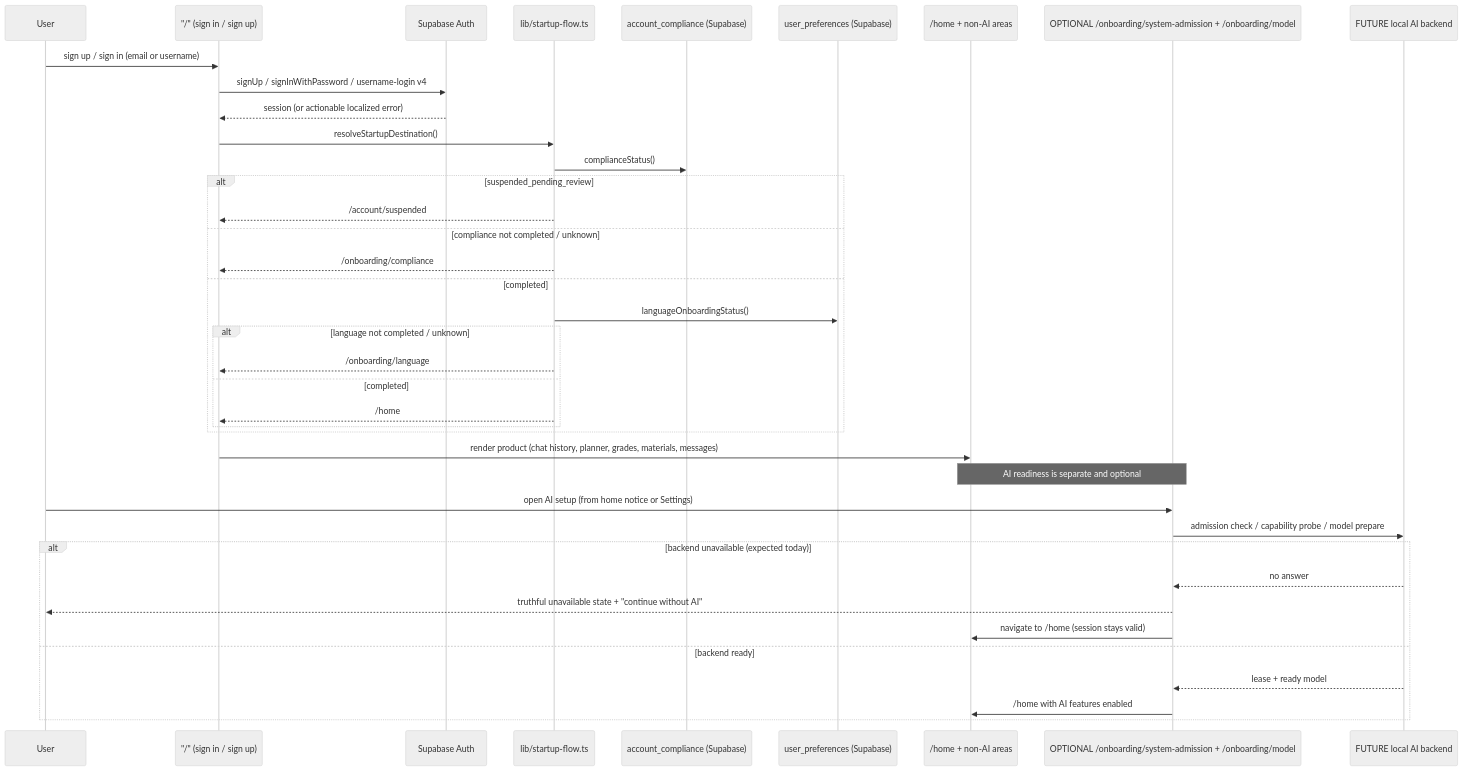
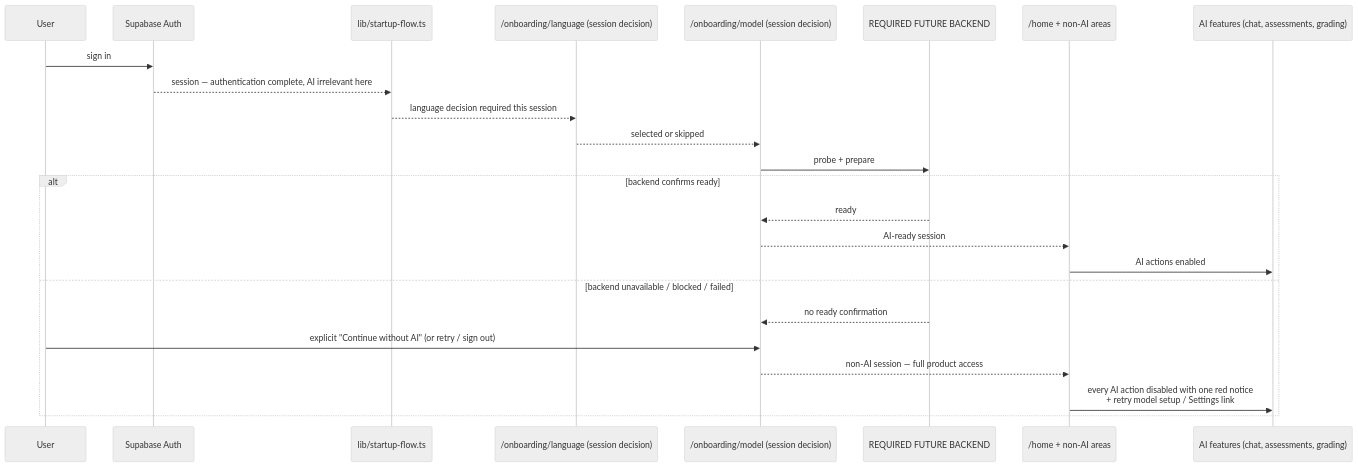
The diagram in docs/sequences/AUTH_STARTUP_HOME_VS_OPTIONAL_AI.mmd (keyshavmor/study-swiss-star), drawn with Mermaid (neutral theme) before and after one commit. The commit also changed 73 other files, not shown here.

```diff
--- a/docs/sequences/AUTH_STARTUP_HOME_VS_OPTIONAL_AI.mmd
+++ b/docs/sequences/AUTH_STARTUP_HOME_VS_OPTIONAL_AI.mmd
@@ -1,45 +1,31 @@
-%% Status: CURRENT FRONTEND + CURRENT SUPABASE
-%% Source: frontend/src/lib/startup-flow.ts, routes/index.tsx,
-%% routes/_authenticated/route.tsx, components/app/SystemCapabilityPanel.tsx
-%% RULE: the local AI runtime is NEVER an authentication gate.
+%% Status: CURRENT FRONTEND + CURRENT SUPABASE (2026-09-17)
+%% RULE: the local AI runtime is NEVER an authentication gate — but the model
+%% screen IS a mandatory per-session DECISION gate (ready, or explicit non-AI).
+%% Canonical detail: docs/sequences/POST_LOGIN_STARTUP.mmd
+%% Source: frontend/src/lib/startup-flow.ts, lib/language-session.ts,
+%% lib/ai-session.ts, components/app/AiFeatureGate.tsx
 sequenceDiagram
     participant User
-    participant Entry as "/" (sign in / sign up)
     participant Supa as Supabase Auth
     participant Flow as lib/startup-flow.ts
-    participant Compliance as account_compliance (Supabase)
-    participant Prefs as user_preferences (Supabase)
+    participant Lang as /onboarding/language (session decision)
+    participant Model as /onboarding/model (session decision)
+    participant Backend as REQUIRED FUTURE BACKEND
     participant Home as /home + non-AI areas
-    participant AiSetup as OPTIONAL /onboarding/system-admission + /onboarding/model
-    participant Backend as FUTURE local AI backend
+    participant AiFeat as AI features (chat, assessments, grading)
 
-    User->>Entry: sign up / sign in (email or username)
-    Entry->>Supa: signUp / signInWithPassword / username-login v4
-    Supa-->>Entry: session (or actionable localized error)
-    Entry->>Flow: resolveStartupDestination()
-    Flow->>Compliance: complianceStatus()
-    alt suspended_pending_review
-        Flow-->>Entry: /account/suspended
-    else compliance not completed / unknown
-        Flow-->>Entry: /onboarding/compliance
-    else completed
-        Flow->>Prefs: languageOnboardingStatus()
-        alt language not completed / unknown
-            Flow-->>Entry: /onboarding/language
-        else completed
-            Flow-->>Entry: /home
-        end
+    User->>Supa: sign in
+    Supa-->>Flow: session — authentication complete, AI irrelevant here
+    Flow-->>Lang: language decision required this session
+    Lang-->>Model: selected or skipped
+    Model->>Backend: probe + prepare
+    alt backend confirms ready
+        Backend-->>Model: ready
+        Model-->>Home: AI-ready session
+        Home->>AiFeat: AI actions enabled
+    else backend unavailable / blocked / failed
+        Backend-->>Model: no ready confirmation
+        User->>Model: explicit "Continue without AI" (or retry / sign out)
+        Model-->>Home: non-AI session — full product access
+        Home->>AiFeat: every AI action disabled with one red notice<br/>+ retry model setup / Settings link
     end
-    Entry->>Home: render product (chat history, planner, grades, materials, messages)
-
-    Note over Home,AiSetup: AI readiness is separate and optional
-    User->>AiSetup: open AI setup (from home notice or Settings)
-    AiSetup->>Backend: admission check / capability probe / model prepare
-    alt backend unavailable (expected today)
-        Backend-->>AiSetup: no answer
-        AiSetup-->>User: truthful unavailable state + "continue without AI"
-        AiSetup->>Home: navigate to /home (session stays valid)
-    else backend ready
-        Backend-->>AiSetup: lease + ready model
-        AiSetup->>Home: /home with AI features enabled
-    end
```
